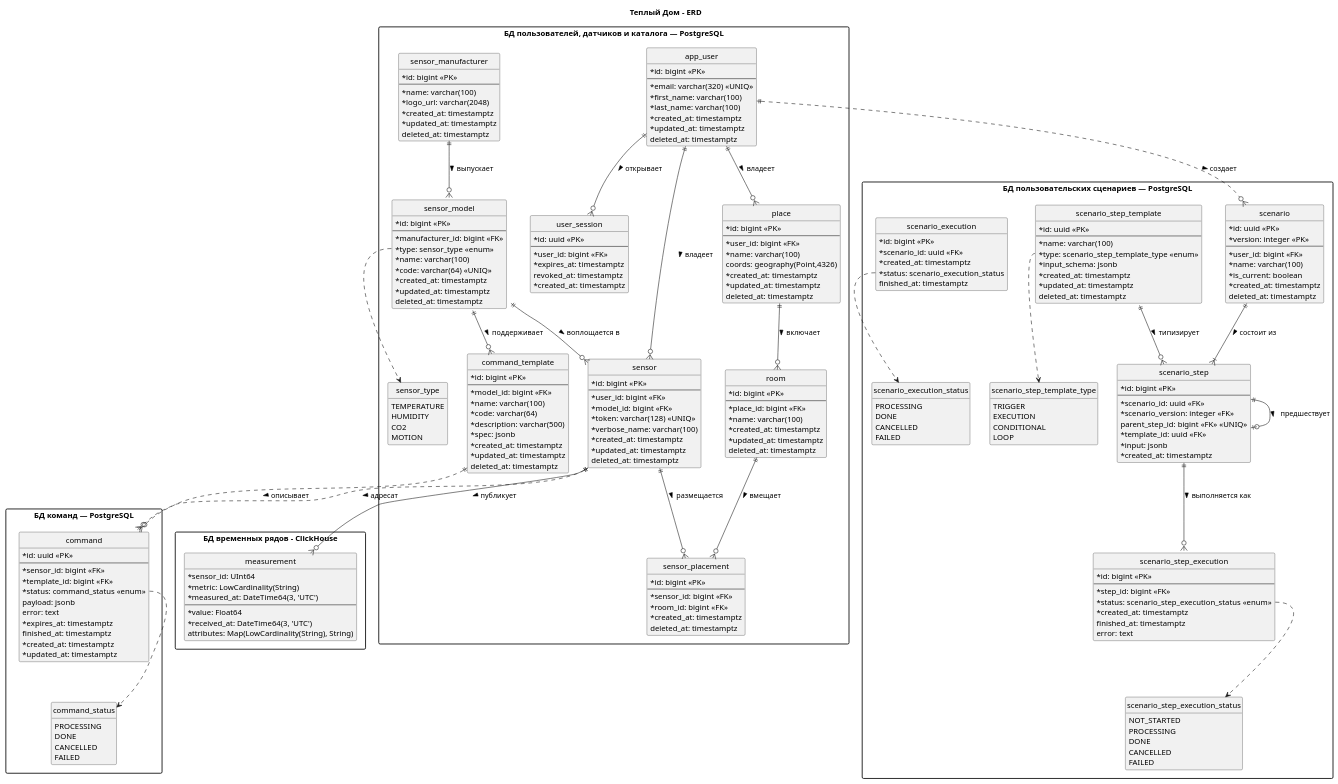
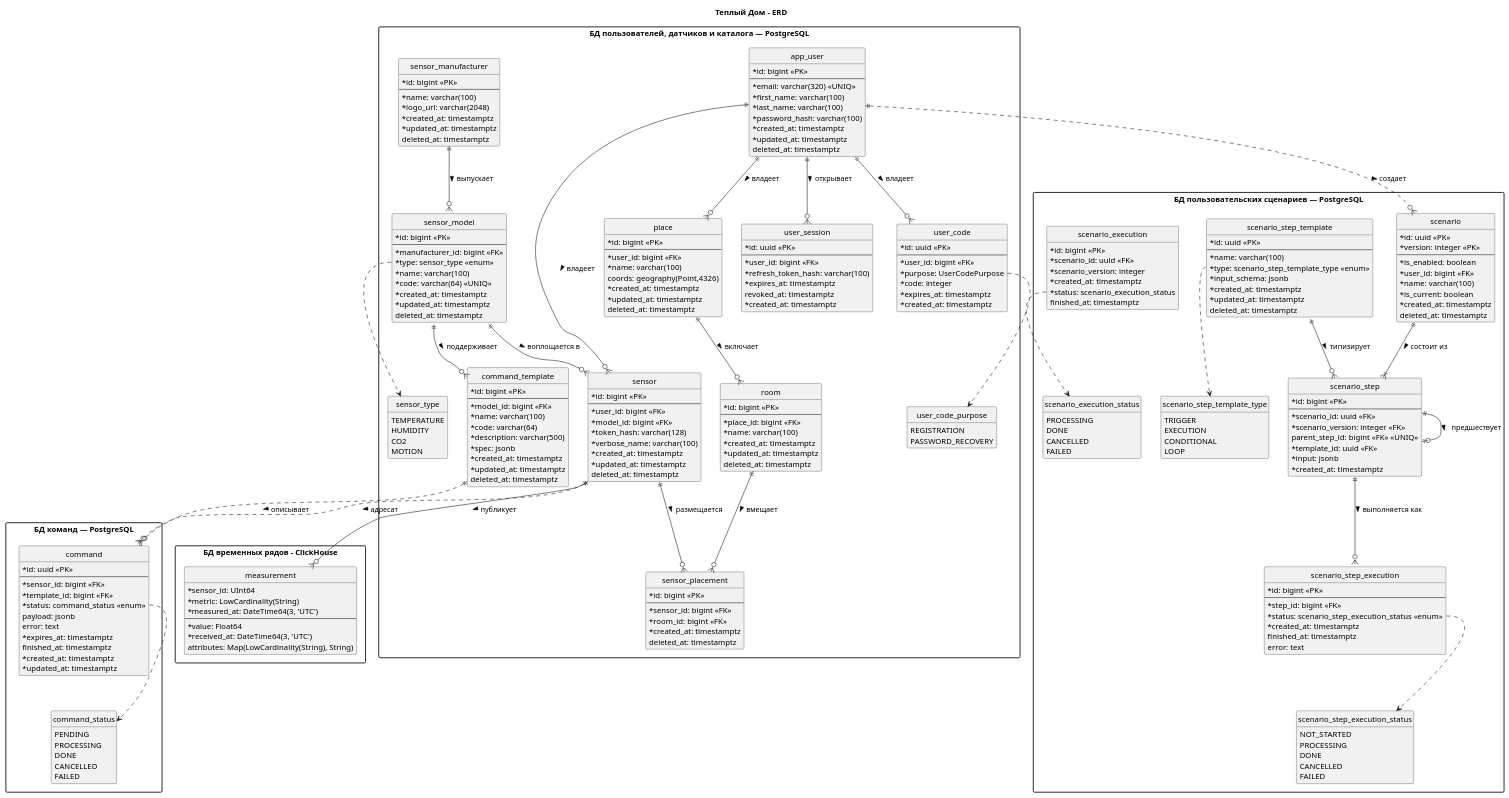
The diagram in schemas/er.puml (artbakulev/architecture-pro-warmhouse), drawn with PlantUML before and after one commit. The commit also changed 4 other files, not shown here.

```diff
--- a/schemas/er.puml
+++ b/schemas/er.puml
@@ -15,12 +15,18 @@
         MOTION
     }
 
+    enum "user_code_purpose" as UserCodePurpose {
+        REGISTRATION
+        PASSWORD_RECOVERY
+    }
+
     entity "app_user" as User {
         * id: bigint <<PK>>
         --
         * email: varchar(320) <<UNIQ>>
         * first_name: varchar(100)
         * last_name: varchar(100)
+        * password_hash: varchar(100)
         * created_at: timestamptz
         * updated_at: timestamptz
         deleted_at: timestamptz
@@ -30,8 +36,19 @@
         * id: uuid <<PK>>
         --
         * user_id: bigint <<FK>>
+        * refresh_token_hash: varchar(100)
         * expires_at: timestamptz
         revoked_at: timestamptz
+        * created_at: timestamptz
+    }
+
+    entity "user_code" as UserCode {
+        * id: uuid <<PK>>
+        --
+        * user_id: bigint <<FK>>
+        * purpose: UserCodePurpose
+        * code: integer
+        * expires_at: timestamptz
         * created_at: timestamptz
     }
 
@@ -75,7 +92,7 @@
         --
         * user_id: bigint <<FK>>
         * model_id: bigint <<FK>>
-        * token: varchar(128) <<UNIQ>>
+        * token_hash: varchar(128)
         * verbose_name: varchar(100)
         * created_at: timestamptz
         * updated_at: timestamptz
@@ -116,6 +133,7 @@
 package "БД команд — PostgreSQL" as db_commands {
 
     enum "command_status" as CommandStatus {
+        PENDING
         PROCESSING
         DONE
         CANCELLED
@@ -165,6 +183,7 @@
         * id: uuid <<PK>>
         * version: integer <<PK>>
         --
+        * is_enabled: boolean
         * user_id: bigint <<FK>>
         * name: varchar(100)
         * is_current: boolean
@@ -197,6 +216,7 @@
     entity "scenario_execution" as ScenarioExecution {
         * id: bigint <<PK>>
         * scenario_id: uuid <<FK>>
+        * scenario_version: integer
         * created_at: timestamptz
         * status: scenario_execution_status
         finished_at: timestamptz
@@ -229,6 +249,7 @@
 User ||--o{ UserSession : "открывает >"
 User ||--o{ Sensor : "владеет >"
 User ||--o{ Place : "владеет >"
+User ||--o{ UserCode : "владеет >"
 
 SensorManufacturer ||--o{ SensorModel : "выпускает >"
 SensorModel ||--o{ Sensor : "воплощается в >"
@@ -255,5 +276,6 @@
 ScenarioStepTemplate::type ..> ScenarioStepTemplateType
 ScenarioStepExecution::status ..> ScenarioStepExecutionStatus
 ScenarioExecution::status ..> ScenarioExecutionStatus
+UserCode::purpose ..> UserCodePurpose
 
 @enduml
```
